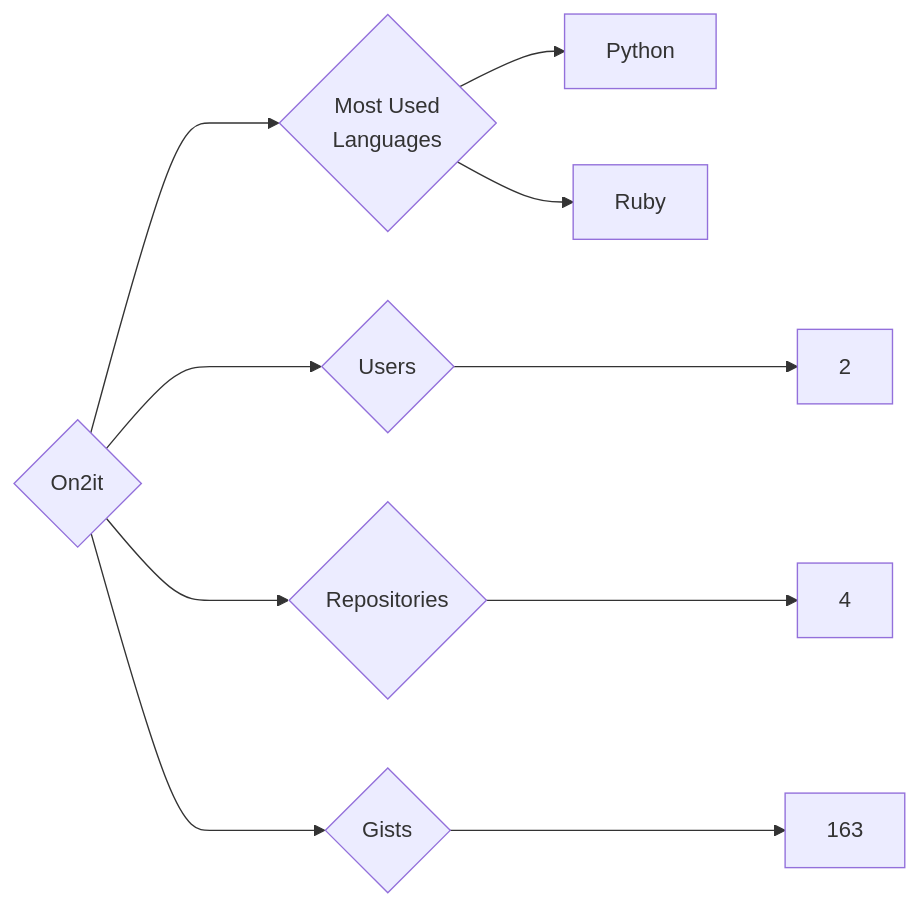
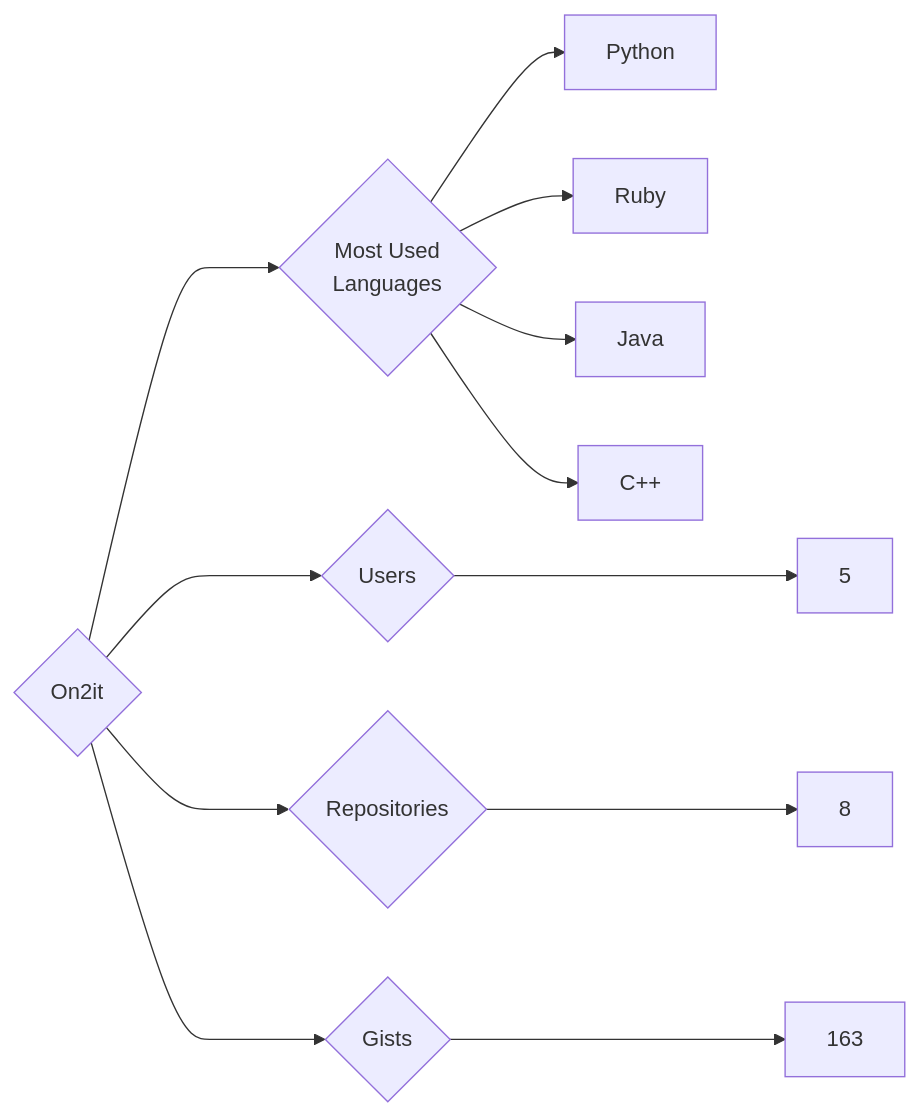
One commit to trickest/insiders changed the diagram in targets/On2it/README.md. Above: the diagram before and after it, drawn with Mermaid. The commit also changed 972 other files, not shown here.

````diff
--- a/targets/On2it/README.md
+++ b/targets/On2it/README.md
@@ -3,10 +3,12 @@
 ```mermaid
 graph LR
 COMPANY_NAME{On2it}
-COMPANY_NAME ---> U{Users} ---> UN[2]
-COMPANY_NAME ---> R{Repositories} ---> RN[4]
+COMPANY_NAME ---> U{Users} ---> UN[5]
+COMPANY_NAME ---> R{Repositories} ---> RN[8]
 COMPANY_NAME ---> G{Gists} ---> GN[163]
 COMPANY_NAME ---> ML{Most Used<br>Languages}
 ML --> Python[Python]
 ML --> Ruby[Ruby]
+ML --> Java[Java]
+ML --> C++[C++]
 ```
````
